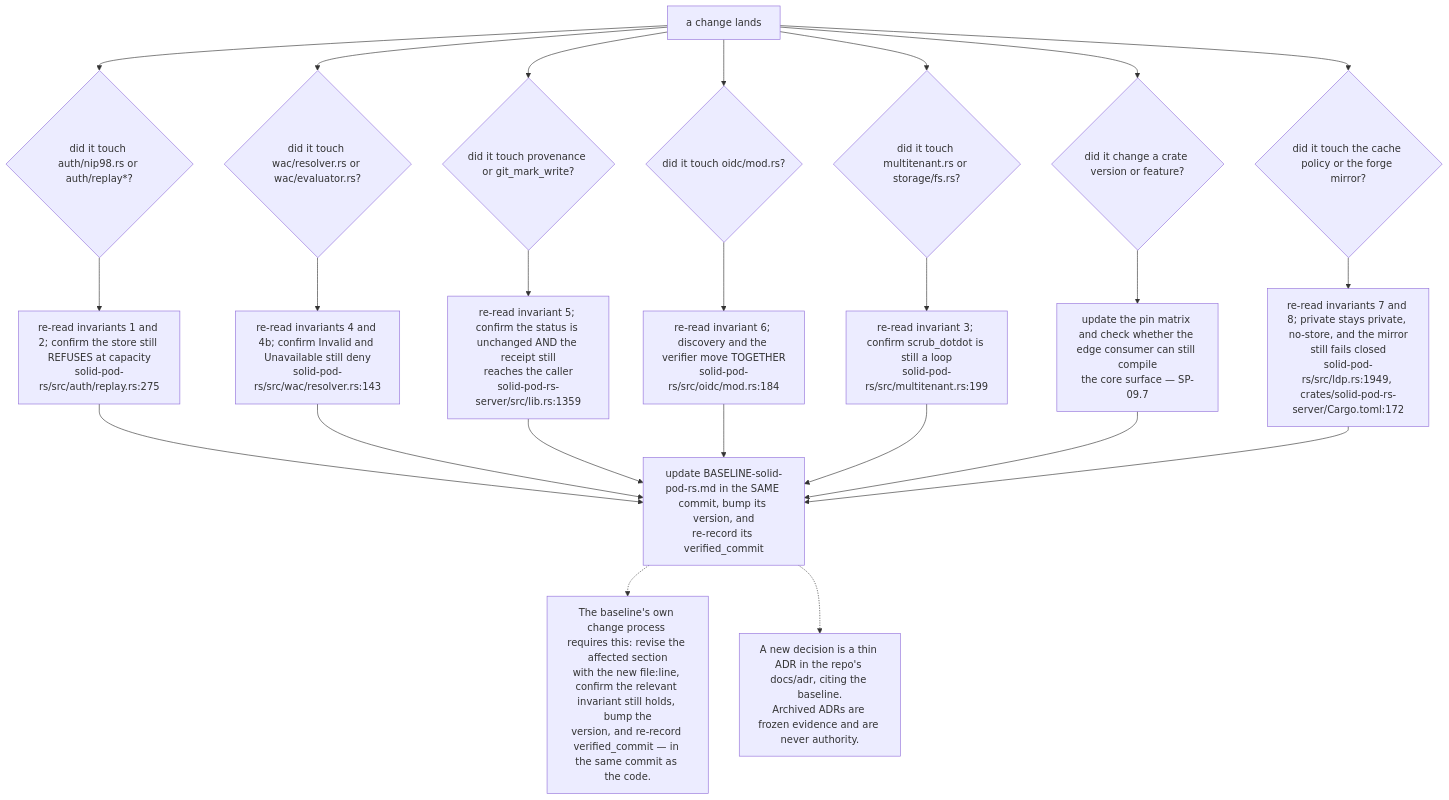
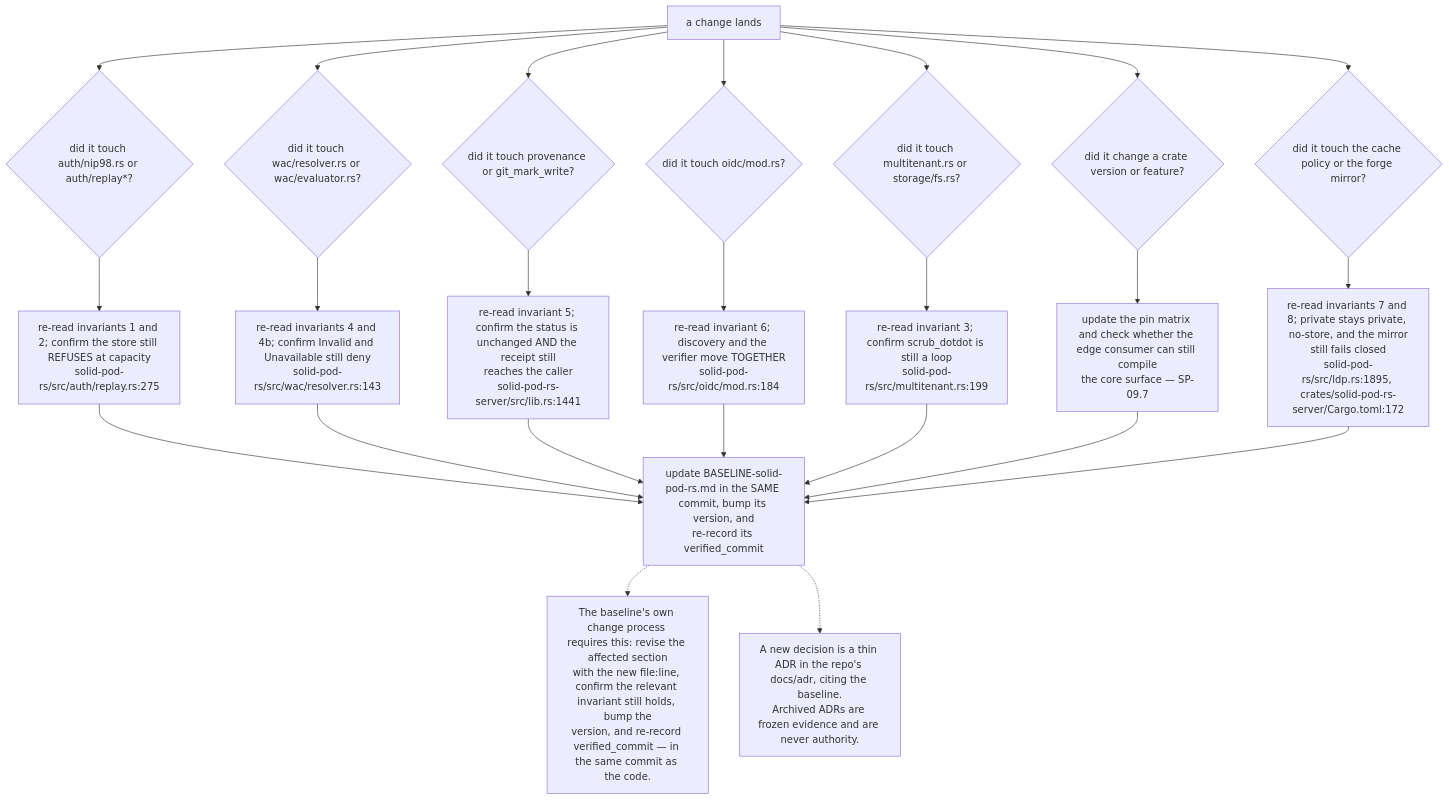
One commit to DreamLab-AI/VisionFlow changed diagram 11 of 12 in docs/diagrams/solid-pod-rs/10-failure-modes-and-invariants.md. Above: the diagram before and after it, drawn with Mermaid. The commit also changed other lines of this file and 59 other files, not shown here.

First line of the commit message:
docs(diagrams): re-derive and re-stamp forum, website, pod, ontomark and sealmap topics

````diff
--- a/docs/diagrams/solid-pod-rs/10-failure-modes-and-invariants.md
+++ b/docs/diagrams/solid-pod-rs/10-failure-modes-and-invariants.md
@@ -334,33 +334,33 @@
 ```mermaid
 flowchart TD
     START["a change lands"]
     Q1{"did it touch auth/nip98.rs or auth/replay*?"}
     Q2{"did it touch wac/resolver.rs or wac/evaluator.rs?"}
     Q3{"did it touch provenance or git_mark_write?"}
     Q4{"did it touch oidc/mod.rs?"}
     Q5{"did it touch multitenant.rs or storage/fs.rs?"}
     Q6{"did it change a crate version or feature?"}
     Q7{"did it touch the cache policy or the forge mirror?"}
 
     C1["re-read invariants 1 and 2; confirm the store still REFUSES at capacity<br/>solid-pod-rs/src/auth/replay.rs:275"]
     C2["re-read invariants 4 and 4b; confirm Invalid and Unavailable still deny<br/>solid-pod-rs/src/wac/resolver.rs:143"]
-    C3["re-read invariant 5; confirm the status is unchanged AND the receipt still<br/>reaches the caller<br/>solid-pod-rs-server/src/lib.rs:1359"]
+    C3["re-read invariant 5; confirm the status is unchanged AND the receipt still<br/>reaches the caller<br/>solid-pod-rs-server/src/lib.rs:1441"]
     C4["re-read invariant 6; discovery and the verifier move TOGETHER<br/>solid-pod-rs/src/oidc/mod.rs:184"]
     C5["re-read invariant 3; confirm scrub_dotdot is still a loop<br/>solid-pod-rs/src/multitenant.rs:199"]
     C6["update the pin matrix and check whether the edge consumer can still compile<br/>the core surface — SP-09.7"]
-    C7["re-read invariants 7 and 8; private stays private, no-store, and the mirror<br/>still fails closed<br/>solid-pod-rs/src/ldp.rs:1949, crates/solid-pod-rs-server/Cargo.toml:172"]
+    C7["re-read invariants 7 and 8; private stays private, no-store, and the mirror<br/>still fails closed<br/>solid-pod-rs/src/ldp.rs:1895, crates/solid-pod-rs-server/Cargo.toml:172"]
     BL["update BASELINE-solid-pod-rs.md in the SAME commit, bump its version, and<br/>re-record its verified_commit"]
 
     START --> Q1 --> C1 --> BL
     START --> Q2 --> C2 --> BL
     START --> Q3 --> C3 --> BL
     START --> Q4 --> C4 --> BL
     START --> Q5 --> C5 --> BL
     START --> Q6 --> C6 --> BL
     START --> Q7 --> C7 --> BL
 
     N["The baseline's own change process requires this: revise the affected section<br/>with the new file:line, confirm the relevant invariant still holds, bump the<br/>version, and re-record verified_commit — in the same commit as the code."]
     BL -.-> N
     N2["A new decision is a thin ADR in the repo's docs/adr, citing the baseline.<br/>Archived ADRs are frozen evidence and are never authority."]
     BL -.-> N2
 ```
````
